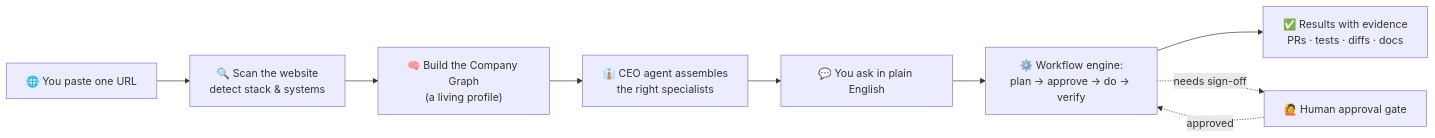
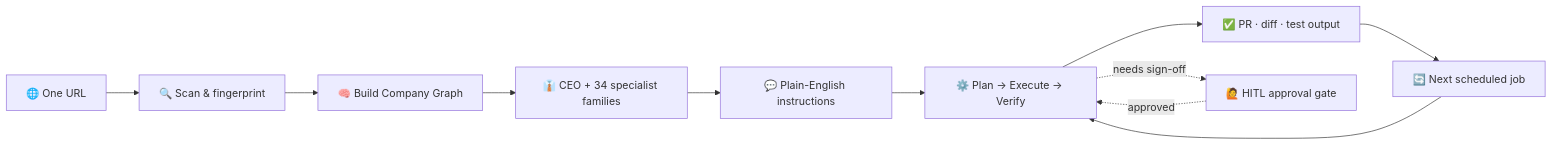
The diagram in README.md (strikersam/autonomous-ai-agency), drawn with Mermaid before and after one commit. The commit also changed other lines of this file and 23 other files, not shown here.

````diff
--- a/README.md
+++ b/README.md
@@ -50,11 +123,13 @@
 ```mermaid
 flowchart LR
-    A["🌐 You paste one URL"] --> B["🔍 Scan the website<br/>detect stack & systems"]
-    B --> C["🧠 Build the Company Graph<br/>(a living profile)"]
-    C --> D["👔 CEO agent assembles<br/>the right specialists"]
-    D --> E["💬 You ask in plain English"]
-    E --> F["⚙️ Workflow engine:<br/>plan → approve → do → verify"]
-    F --> G["✅ Results with evidence<br/>PRs · tests · diffs · docs"]
-    F -. "needs sign-off" .-> H["🙋 Human approval gate"]
+    A["🌐 One URL"] --> B["🔍 Scan & fingerprint"]
+    B --> C["🧠 Build Company Graph"]
+    C --> D["👔 CEO + 34 specialist families"]
+    D --> E["💬 Plain-English instructions"]
+    E --> F["⚙️ Plan → Execute → Verify"]
+    F --> G["✅ PR · diff · test output"]
+    F -. "needs sign-off" .-> H["🙋 HITL approval gate"]
     H -. "approved" .-> F
+    G --> I["🔄 Next scheduled job"]
+    I --> F
 ```
````
